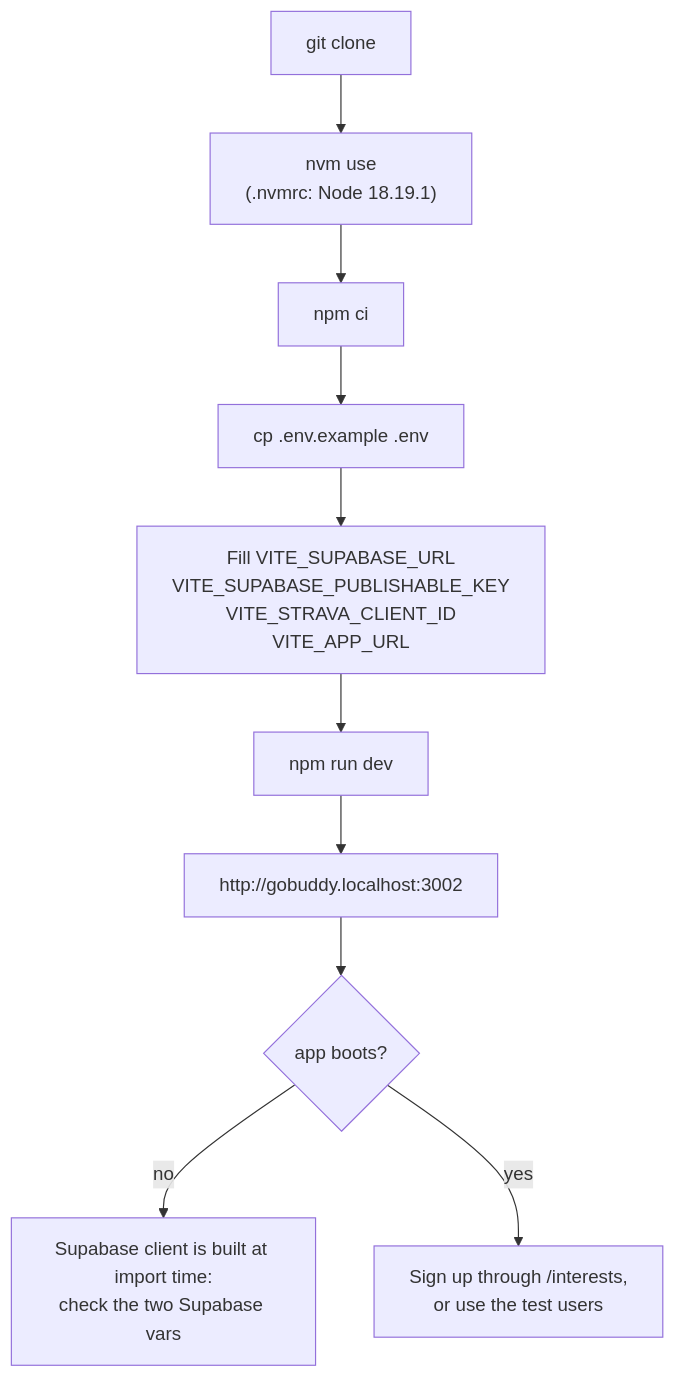
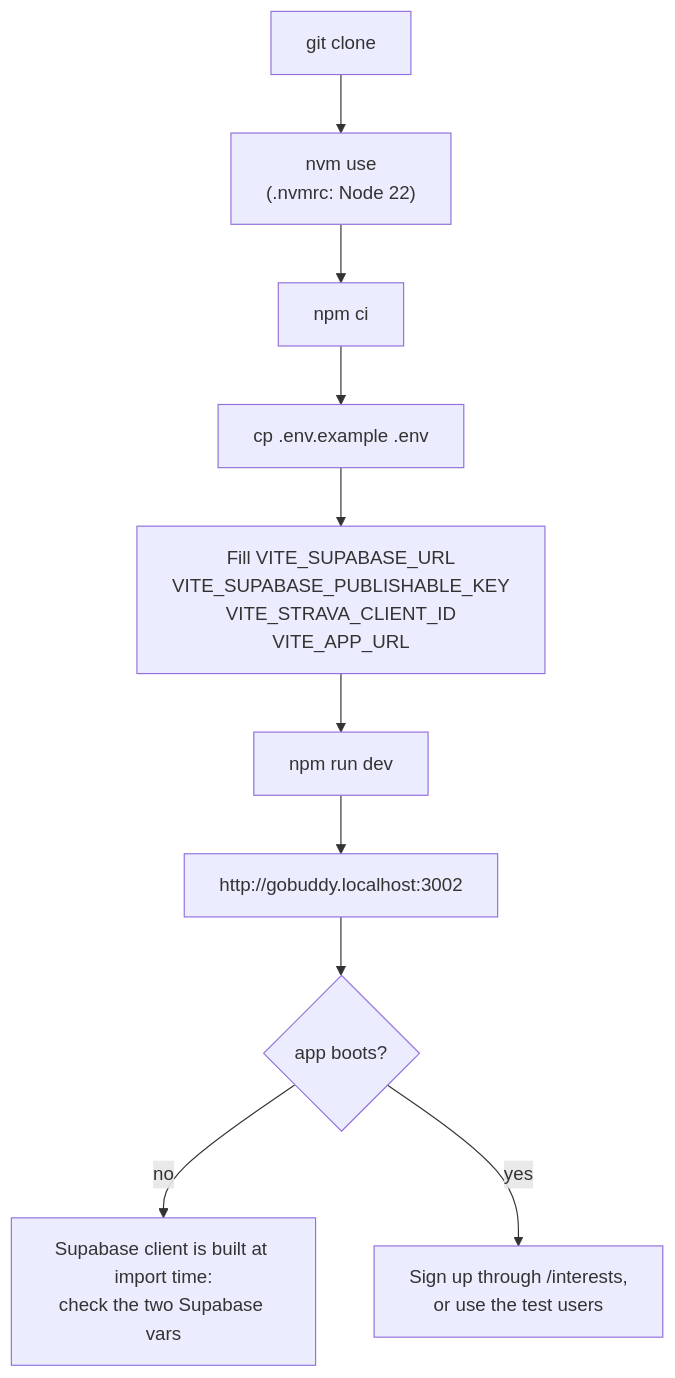
The first of 3 diagrams in docs/dev-onboarding.md (jesperkc/gobuddy.dk), drawn with Mermaid before and after one commit.

Commit message:
Update onboarding doc for Node 22

````diff
--- a/docs/dev-onboarding.md
+++ b/docs/dev-onboarding.md
@@ -7,12 +7,12 @@
 ```mermaid
 flowchart TD
-  A["git clone"] --> B["nvm use<br/>(.nvmrc: Node 18.19.1)"]
+  A["git clone"] --> B["nvm use<br/>(.nvmrc: Node 22)"]
   B --> C["npm ci"]
   C --> D["cp .env.example .env"]
   D --> E["Fill VITE_SUPABASE_URL<br/>VITE_SUPABASE_PUBLISHABLE_KEY<br/>VITE_STRAVA_CLIENT_ID<br/>VITE_APP_URL"]
   E --> F["npm run dev"]
   F --> G["http://gobuddy.localhost:3002"]
   G --> H{"app boots?"}
   H -->|"no"| I["Supabase client is built at import time:<br/>check the two Supabase vars"]
   H -->|"yes"| J["Sign up through /interests,<br/>or use the test users"]
 ```
````
